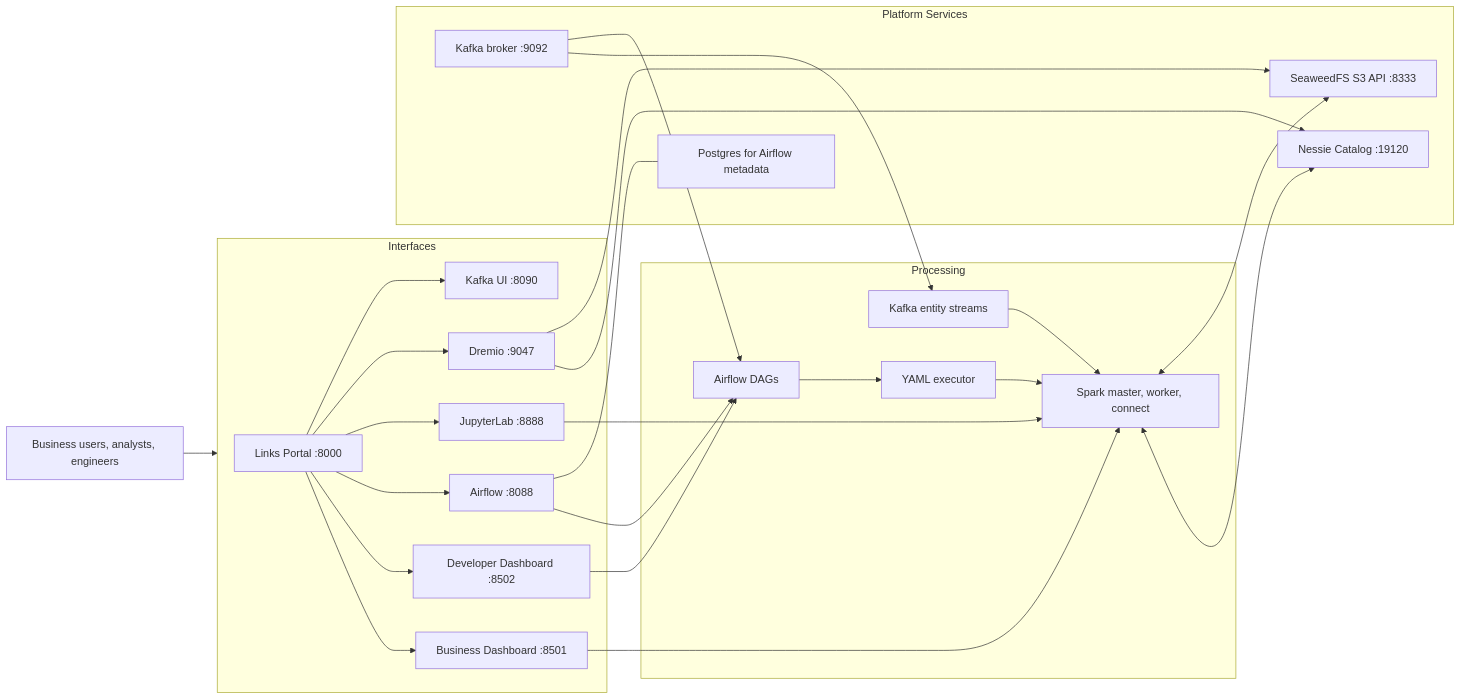
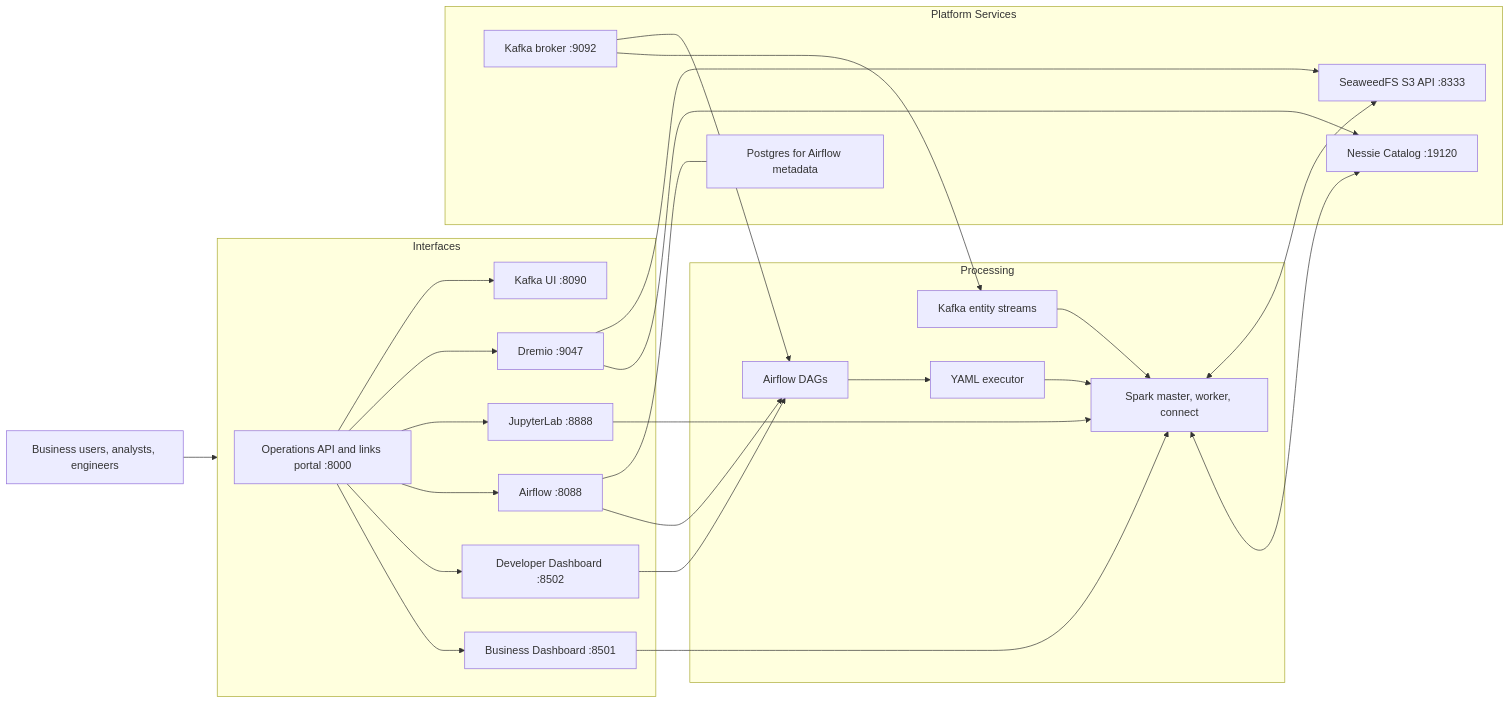
Before and after one commit to sankarasub/riskanalytics_df: the first of 2 diagrams in docs/architecture.md, drawn with Mermaid. The commit also changed other lines of this file and 52 other files, not shown here.

````diff
--- a/docs/architecture.md
+++ b/docs/architecture.md
@@ -41,52 +41,52 @@
 ```mermaid
 flowchart LR
     user[Business users, analysts, engineers]
 
     subgraph interfaces[Interfaces]
-        links[Links Portal :8000]
+        links[Operations API and links portal :8000]
         business[Business Dashboard :8501]
         developer[Developer Dashboard :8502]
         airflow[Airflow :8088]
         jupyter[JupyterLab :8888]
         dremio[Dremio :9047]
         kafka_ui[Kafka UI :8090]
     end
 
     subgraph processing[Processing]
         dags[Airflow DAGs]
         stream[Kafka entity streams]
         spark[Spark master, worker, connect]
         yaml[YAML executor]
     end
 
     subgraph platform[Platform Services]
         kafka[Kafka broker :9092]
         nessie[Nessie Catalog :19120]
         seaweed[SeaweedFS S3 API :8333]
         postgres[Postgres for Airflow metadata]
     end
 
     user --> interfaces
     links --> business
     links --> developer
     links --> airflow
     links --> jupyter
     links --> dremio
     links --> kafka_ui
 
     developer --> dags
     airflow --> dags
     dags --> yaml
     yaml --> spark
     stream --> spark
     kafka --> stream
     kafka --> dags
 
     spark <--> nessie
     spark <--> seaweed
     airflow --- postgres
     dremio --> nessie
     dremio --> seaweed
     jupyter --> spark
     business --> spark
 ```
````
